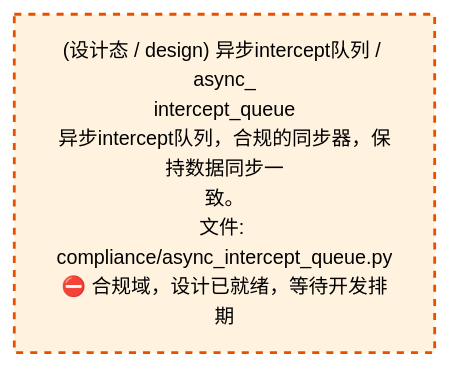
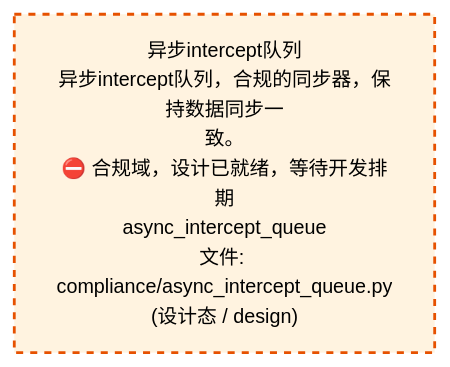
One commit to xuanFelixVan/ZephyrAlpha changed the third of 4 diagrams in docs/02_enterprise_architecture/02_domain_architecture_docs/38_d_compliance.md. Above: the diagram before and after it, drawn with Mermaid. The commit also changed other lines of this file and 62 other files, not shown here.

````diff
--- a/docs/02_enterprise_architecture/02_domain_architecture_docs/38_d_compliance.md
+++ b/docs/02_enterprise_architecture/02_domain_architecture_docs/38_d_compliance.md
@@ -109,10 +109,10 @@
 ```mermaid
 %%{init: {'theme': 'base', 'themeVariables': {'primaryColor': '#eaeaea', 'primaryTextColor': '#333333', 'primaryBorderColor': '#666666', 'lineColor': '#666666', 'secondaryColor': '#eaeaea', 'tertiaryColor': '#eaeaea', 'fontSize': '14px'}}}%%
 flowchart TD
-    src_zephyr_compliance_async_intercept_queue_py["(设计态 / design) 异步intercept队列 / async_<br/>intercept_queue<br/>异步intercept队列，合规的同步器，保持数据同步一<br/>致。<br/>文件: compliance/async_intercept_queue.py<br/>⛔ 合规域，设计已就绪，等待开发排期"]
+    src_zephyr_compliance_async_intercept_queue_py["异步intercept队列<br/>异步intercept队列，合规的同步器，保持数据同步一<br/>致。<br/>⛔ 合规域，设计已就绪，等待开发排期<br/>async_intercept_queue<br/>文件: compliance/async_intercept_queue.py<br/>(设计态 / design)"]
     classDef production fill:#e1f5fe,stroke:#01579b,stroke-width:2px,color:#000
     classDef design fill:#fff3e0,stroke:#e65100,stroke-width:2px,color:#000,stroke-dasharray: 5 5
     classDef external_prod fill:#e8f4fd,stroke:#0277bd,stroke-width:1px,color:#000
     classDef external_design fill:#fff8e7,stroke:#ef6c00,stroke-width:1px,color:#000,stroke-dasharray: 5 5
     class src_zephyr_compliance_async_intercept_queue_py design
 ```
````
